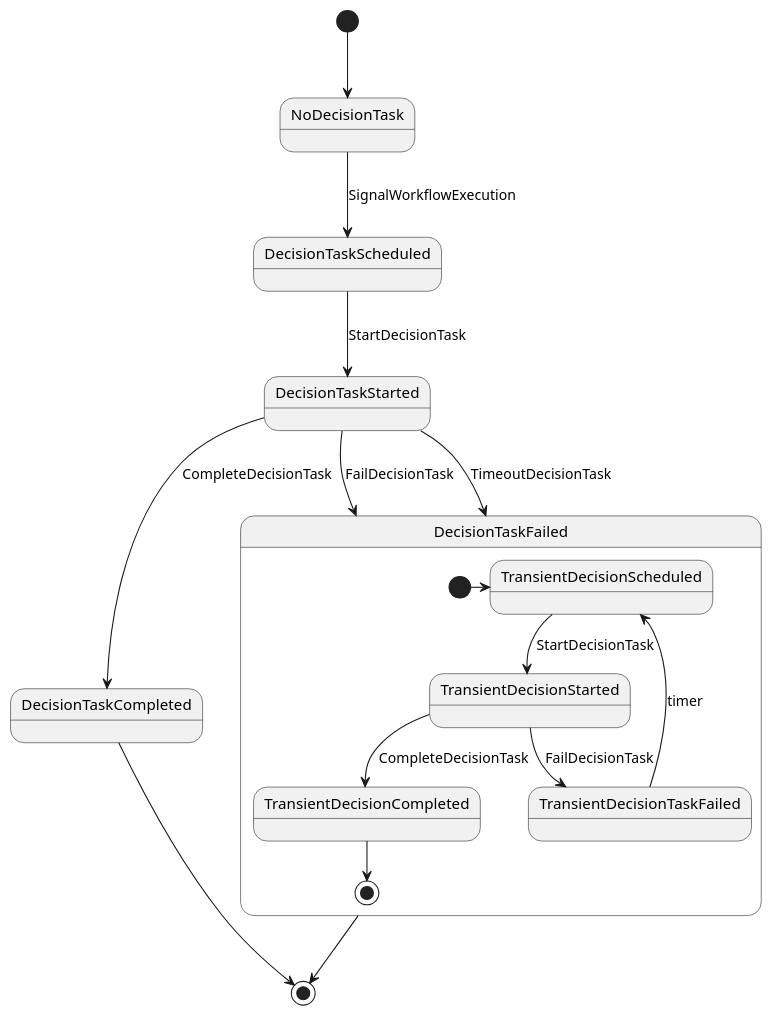
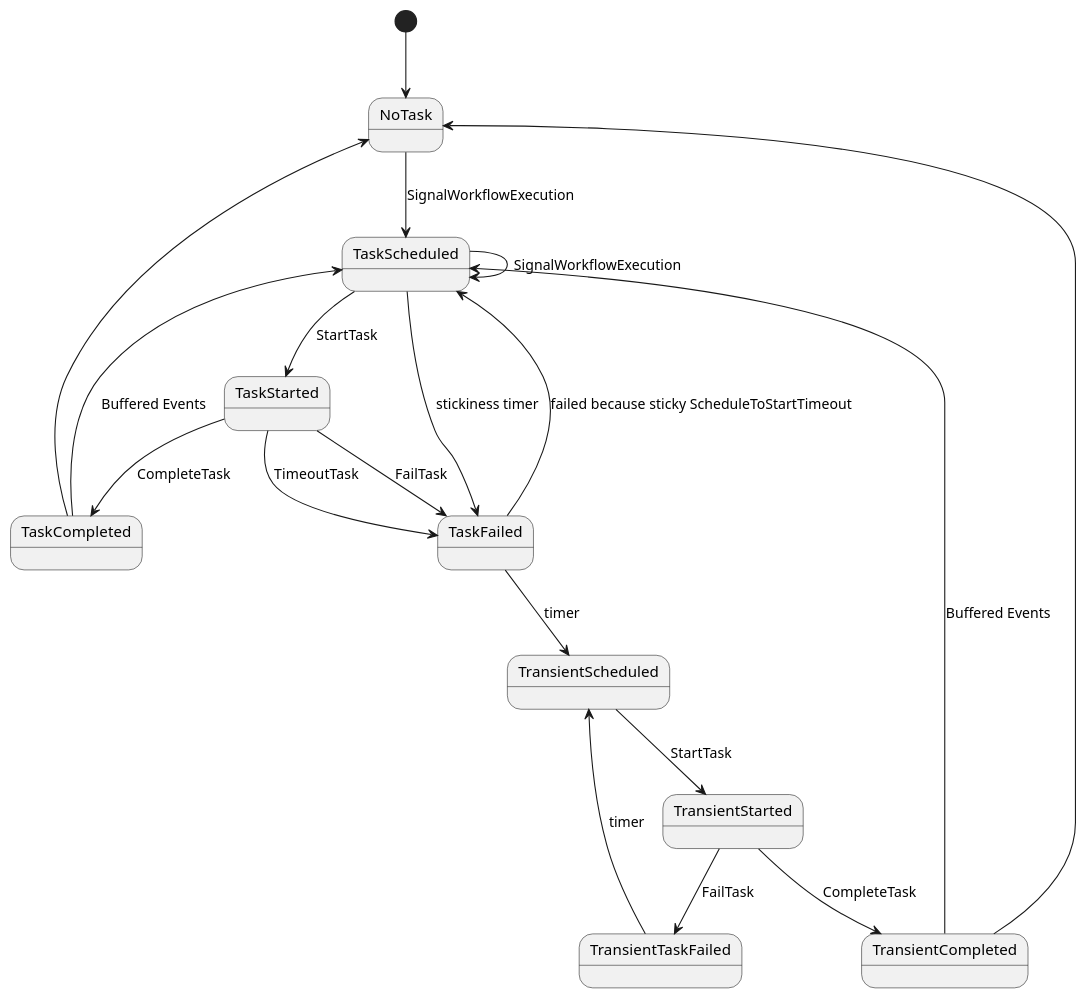
The diagram in docs/decisionStateDiagram.puml (mfateev/cadence), drawn with PlantUML before and after one commit. The commit also changed 1 other file, not shown here.

Commit message:
consistentQueryDecisionStateDiagram added

```diff
--- a/docs/decisionStateDiagram.puml
+++ b/docs/decisionStateDiagram.puml
@@ -1,22 +1,25 @@
 @startuml
 
-[*] --> NoDecisionTask
-NoDecisionTask --> DecisionTaskScheduled: SignalWorkflowExecution
-DecisionTaskScheduled --> DecisionTaskStarted: StartDecisionTask
-DecisionTaskStarted --> DecisionTaskCompleted: CompleteDecisionTask
-DecisionTaskStarted --> DecisionTaskFailed: FailDecisionTask
-DecisionTaskStarted --> DecisionTaskFailed: TimeoutDecisionTask
+[*] --> NoTask
+NoTask --> TaskScheduled: SignalWorkflowExecution
+TaskScheduled --> TaskStarted: StartTask
+TaskScheduled --> TaskScheduled: SignalWorkflowExecution
+TaskScheduled --> TaskFailed: stickiness timer
+TaskStarted --> TaskCompleted: CompleteTask
+TaskStarted --> TaskFailed: FailTask
+TaskStarted --> TaskFailed: TimeoutTask
+TaskFailed --> TransientScheduled: timer
+TaskFailed --> TaskScheduled: failed because sticky ScheduleToStartTimeout
 
-DecisionTaskCompleted --> [*]
-DecisionTaskFailed --> [*]
 
-state DecisionTaskFailed {
-   [*] -> TransientDecisionScheduled
-   TransientDecisionScheduled --> TransientDecisionStarted: StartDecisionTask
-   TransientDecisionStarted --> TransientDecisionTaskFailed: FailDecisionTask
-   TransientDecisionTaskFailed --> TransientDecisionScheduled: timer
-   TransientDecisionStarted --> TransientDecisionCompleted: CompleteDecisionTask
-   TransientDecisionCompleted --> [*]
-}
+   TransientScheduled --> TransientStarted: StartTask
+   TransientStarted --> TransientTaskFailed: FailTask
+   TransientTaskFailed --> TransientScheduled: timer
+   TransientStarted --> TransientCompleted: CompleteTask
+   TransientCompleted --> NoTask
+   TaskCompleted --> TaskScheduled: Buffered Events
+   TransientCompleted --> TaskScheduled: Buffered Events
+
+TaskCompleted --> NoTask
 
 @enduml
```
